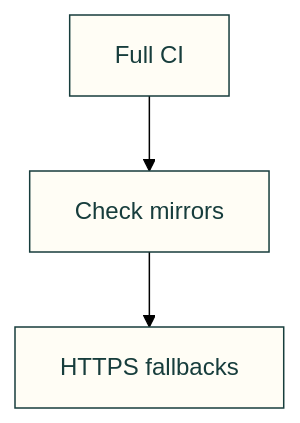
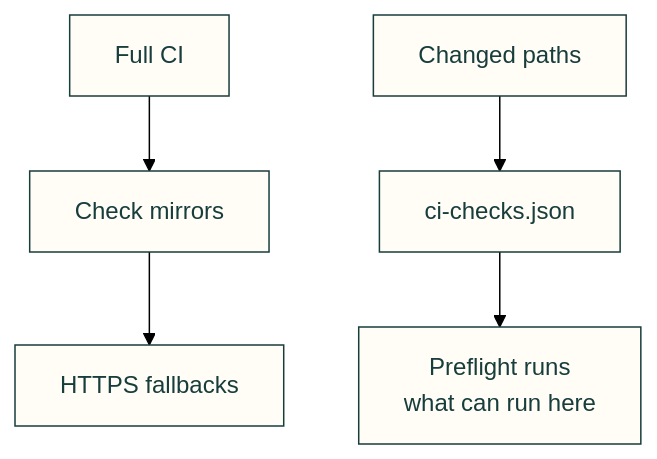
The diagram in tools/ci/README.md (Valpatel/cad-agent), drawn with Mermaid (forest theme) before and after one commit. The commit also changed other lines of this file and 4 other files, not shown here.

First line of the commit message:
Document the preflight: tools READMEs, remote-runs skill, areas map, changelog

````diff
--- a/tools/ci/README.md
+++ b/tools/ci/README.md
@@ -6,7 +6,9 @@
 ```mermaid
 flowchart TD
     W["Full CI"] --> M["Check mirrors"]
     M --> A["HTTPS fallbacks"]
+    G["Changed paths"] --> J["ci-checks.json"]
+    J --> P["Preflight runs<br/>what can run here"]
     classDef here fill:#fffdf5,stroke:#173d3c,color:#173d3c
-    class W,M,A here
+    class W,M,A,G,J,P here
 ```
````
